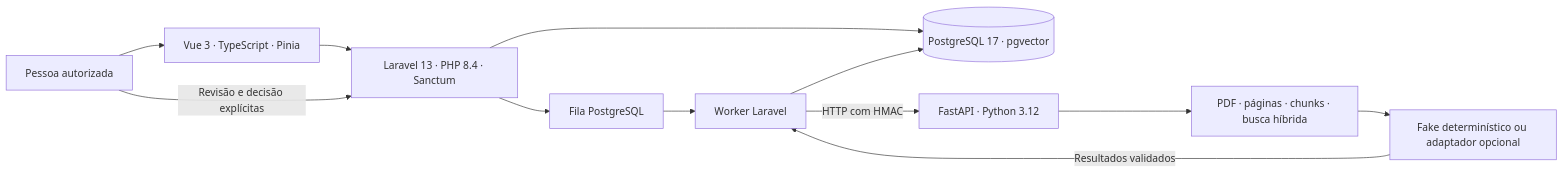
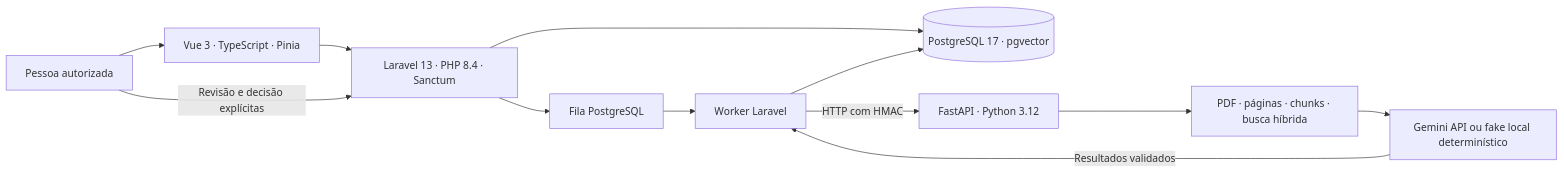
Before and after one commit to Hugueninfer/complyflow-ai: the diagram in complyflow-ai/README.md, drawn with Mermaid. The commit also changed other lines of this file and 10 other files, not shown here.

Commit message:
feat: integrate Gemini provider for Render

````diff
--- a/complyflow-ai/README.md
+++ b/complyflow-ai/README.md
@@ -29,14 +29,14 @@
 ```mermaid
 flowchart LR
     Pessoa[Pessoa autorizada] --> Vue[Vue 3 · TypeScript · Pinia]
     Vue --> API[Laravel 13 · PHP 8.4 · Sanctum]
     API --> DB[(PostgreSQL 17 · pgvector)]
     API --> Fila[Fila PostgreSQL]
     Fila --> Worker[Worker Laravel]
     Worker -->|HTTP com HMAC| Python[FastAPI · Python 3.12]
     Python --> PDF[PDF · páginas · chunks · busca híbrida]
-    PDF --> Provider[Fake determinístico ou adaptador opcional]
+    PDF --> Provider[Gemini API ou fake local determinístico]
     Provider -->|Resultados validados| Worker
     Worker --> DB
     Pessoa -->|Revisão e decisão explícitas| API
 ```
````
